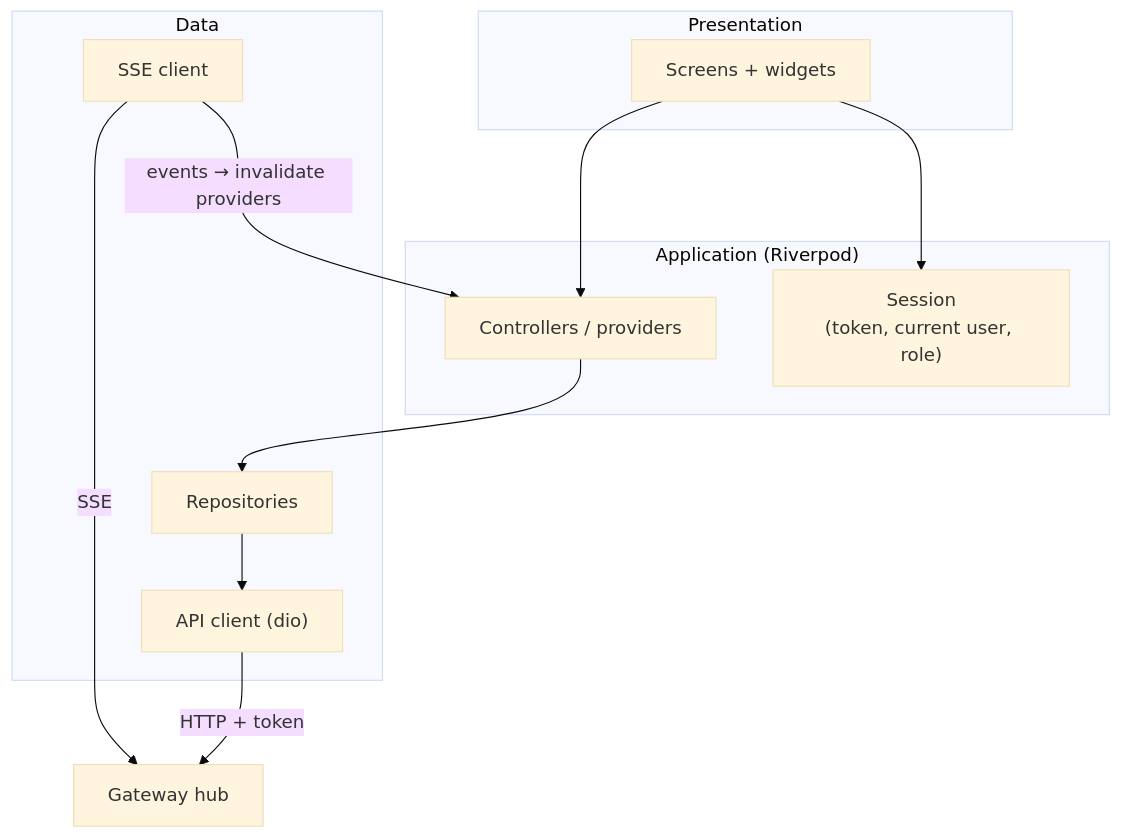
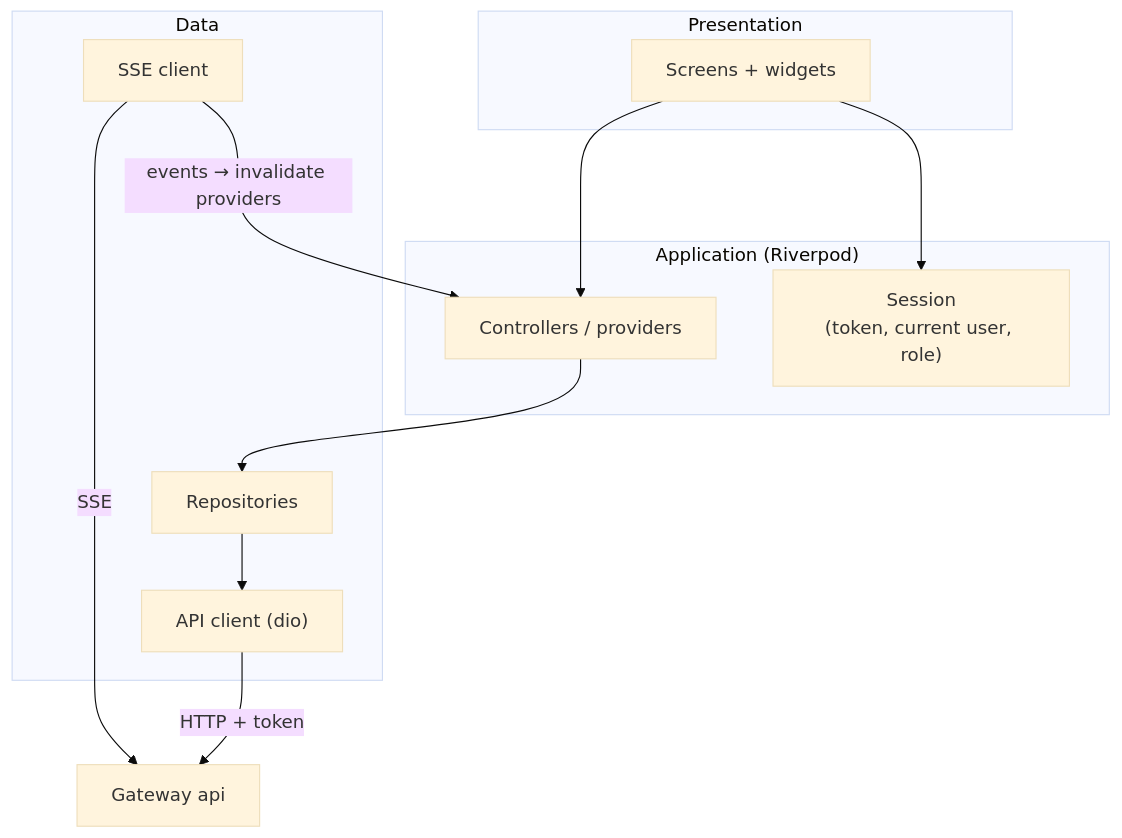
Before and after one commit to Hansom17/MoistureController: the first of 3 diagrams in App/specs.md, drawn with Mermaid (base theme). The commit also changed other lines of this file and 5 other files, not shown here.

Commit message:
Specs: split the hub into api and hub services that talk only over MQTT

````diff
--- a/App/specs.md
+++ b/App/specs.md
@@ -42,22 +42,22 @@
 ```mermaid
 flowchart TB
     subgraph UI["Presentation"]
         SCR["Screens + widgets"]
     end
     subgraph APP["Application (Riverpod)"]
         CTRL["Controllers / providers"]
         SESS["Session<br/>(token, current user, role)"]
     end
     subgraph DATA["Data"]
         REPO["Repositories"]
         API["API client (dio)"]
         LIVE["SSE client"]
     end
 
     SCR --> CTRL --> REPO
     SCR --> SESS
     REPO --> API
     LIVE -- "events → invalidate providers" --> CTRL
-    API -- "HTTP + token" --> HUB["Gateway hub"]
+    API -- "HTTP + token" --> HUB["Gateway api"]
     LIVE -- "SSE" --> HUB
 ```
````
